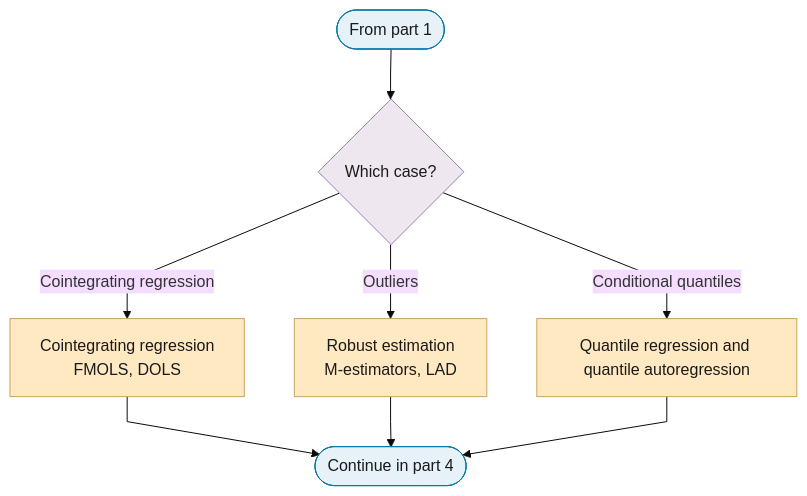
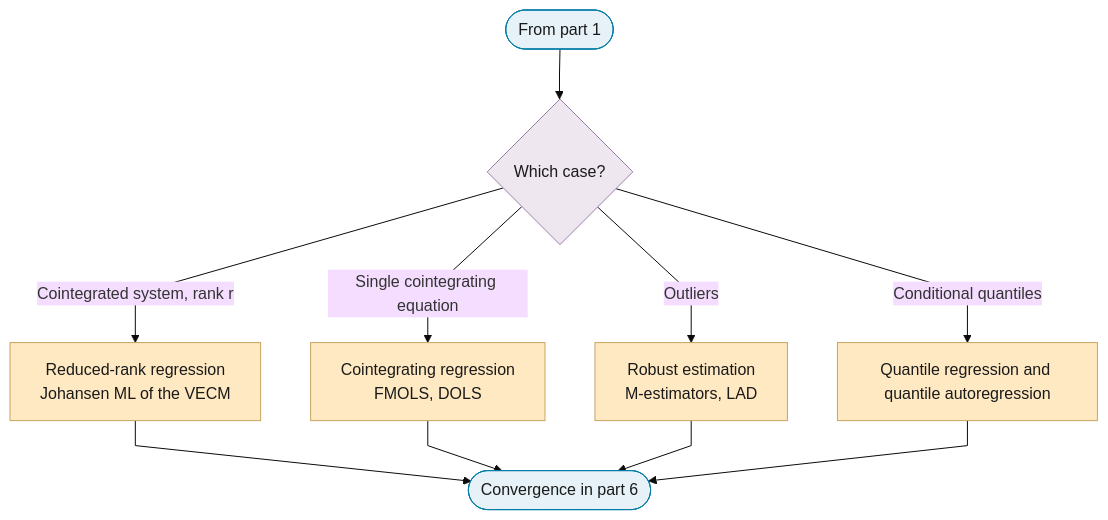
One commit to Shuxin-Y/time-series-analysis-manual changed the third of 6 diagrams in docs/01-workflow/p08-estimation.md. Above: the diagram before and after it, drawn with Mermaid (base theme). The commit also changed other lines of this file and 2 other files, not shown here.

````diff
--- a/docs/01-workflow/p08-estimation.md
+++ b/docs/01-workflow/p08-estimation.md
@@ -40,20 +71,21 @@
 ```mermaid
 %%{init: {"flowchart": {"curve": "linear"}}}%%
 graph TD
-    P8_PART_2_IN(["From part 1"]) --> P8_SPECIAL{"Which case?"}
-    P8_SPECIAL -->|"Cointegrating regression"| P8_FMOLS_DOLS["Cointegrating regression<br/>FMOLS, DOLS"]
+    P8_PART_3_IN(["From part 1"]) --> P8_SPECIAL{"Which case?"}
+    P8_SPECIAL -->|"Cointegrated system, rank r"| P8_RRR["Reduced-rank regression<br/>Johansen ML of the VECM"]
+    P8_SPECIAL -->|"Single cointegrating equation"| P8_FMOLS_DOLS["Cointegrating regression<br/>FMOLS, DOLS"]
     P8_SPECIAL -->|"Outliers"| P8_ROBUST["Robust estimation<br/>M-estimators, LAD"]
     P8_SPECIAL -->|"Conditional quantiles"| P8_QUANTILE_REGRESSION["Quantile regression and quantile autoregression"]
-    P8_FMOLS_DOLS & P8_ROBUST & P8_QUANTILE_REGRESSION --> P8_SPECIAL_TO_PART_4(["Continue in part 4"])
-    class P8_FMOLS_DOLS,P8_ROBUST,P8_QUANTILE_REGRESSION escalate
-    class P8_PART_2_IN,P8_SPECIAL_TO_PART_4 terminator
+    P8_RRR & P8_FMOLS_DOLS & P8_ROBUST & P8_QUANTILE_REGRESSION --> P8_PART_3_OUT(["Convergence in part 6"])
+    class P8_RRR,P8_FMOLS_DOLS,P8_ROBUST,P8_QUANTILE_REGRESSION escalate
+    class P8_PART_3_IN,P8_PART_3_OUT terminator
     class P8_SPECIAL decision
     classDef terminator fill:#E6F2F7,stroke:#007BA7,color:#1A1A1A;
     classDef process fill:#FFFFFF,stroke:#5A6B73,color:#1A1A1A;
     classDef decision fill:#EFE7F0,stroke:#9B7FA7,color:#1A1A1A;
     classDef data fill:#FFF4E0,stroke:#C9A55E,color:#1A1A1A;
     classDef good fill:#DCEFD8,stroke:#4A7A3F,color:#1A1A1A;
     classDef escalate fill:#FFE9C2,stroke:#C9A55E,color:#1A1A1A;
     classDef problem fill:#F2D9DE,stroke:#800020,color:#1A1A1A;
     classDef ref fill:#F7F7F7,stroke:#5A6B73,color:#1A1A1A,stroke-dasharray:4 3;
 ```
````
